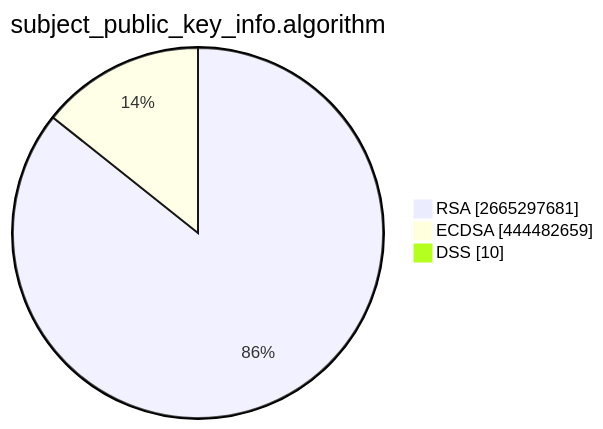
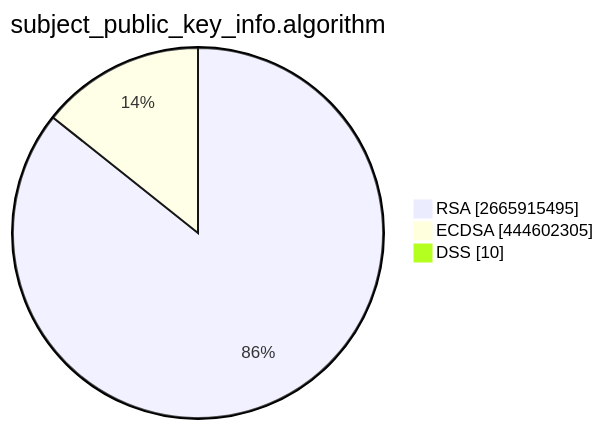
Before and after one commit to christiankrug/ctmonitor_visualization: the second of 15 diagrams in TOTAL/README.md, drawn with Mermaid. The commit also changed other lines of this file, not shown here.

````diff
--- a/TOTAL/README.md
+++ b/TOTAL/README.md
@@ -6,7 +6,7 @@
 ```mermaid
 pie showData
 title subject_public_key_info.algorithm
-"RSA" :2665297681
-"ECDSA" :444482659
+"RSA" :2665915495
+"ECDSA" :444602305
 "DSS" :10
 ```
````
